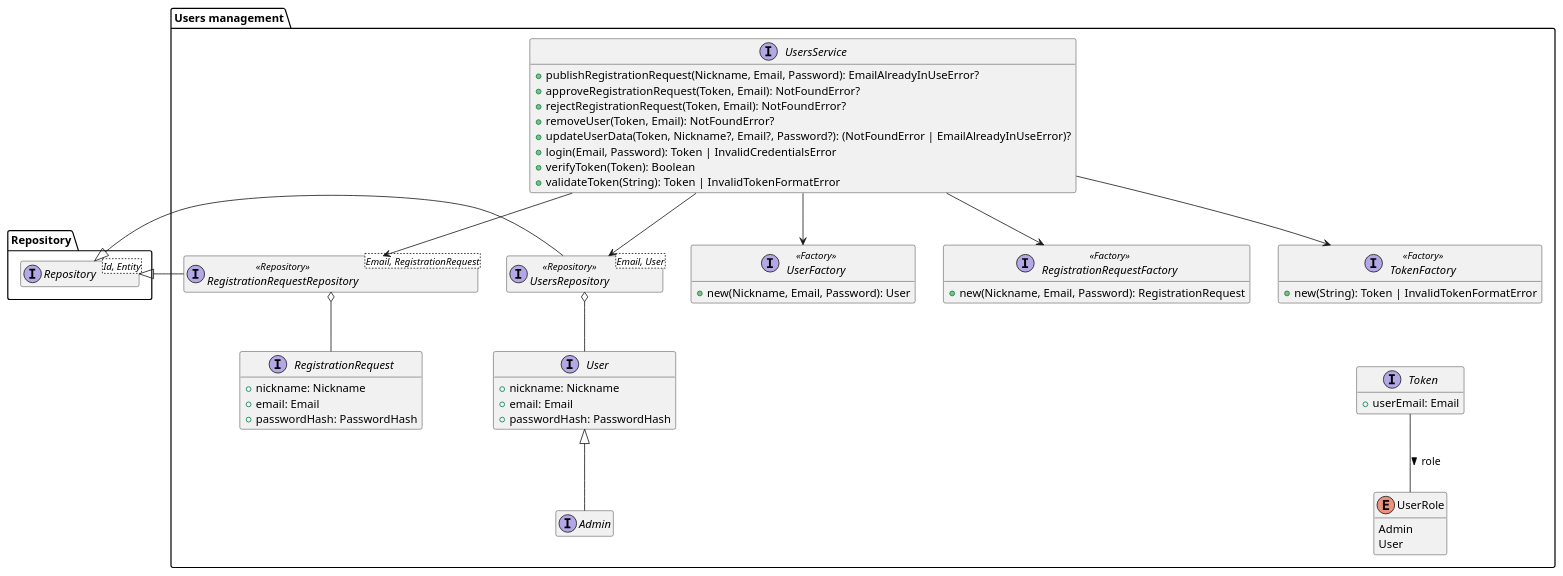
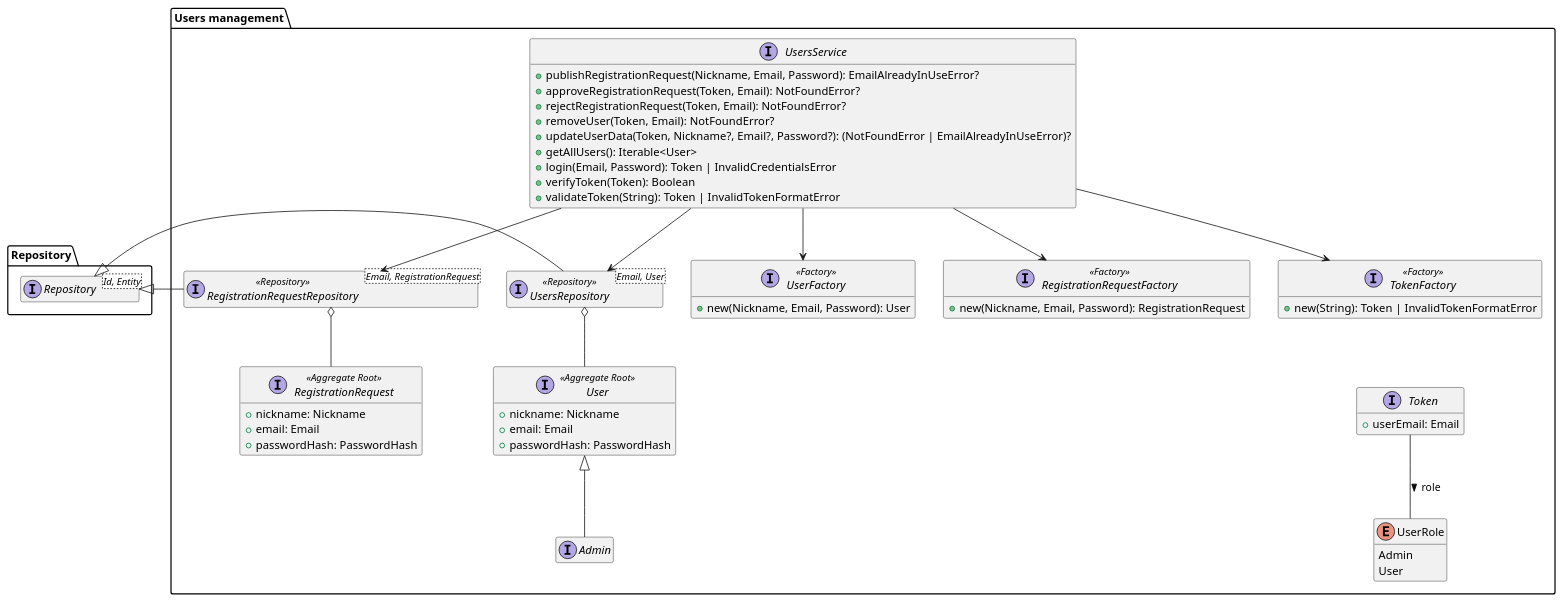
The diagram in diagrams/src/users-management-domain-model.puml (DomoticASW/.github), drawn with PlantUML before and after one commit. The commit also changed 3 other files, not shown here.

Commit message:
refined users diagram and add service methods to devices diagram

```diff
--- a/diagrams/src/users-management-domain-model.puml
+++ b/diagrams/src/users-management-domain-model.puml
@@ -1,69 +1,70 @@
 @startuml users-management-domain-model
 
 hide empty members
 package Repository{
     interface Repository<Id, Entity>
 }
 
 package "Users management" as Users {
-    interface User {
+    interface User <<Aggregate Root>> {
         + nickname: Nickname
         + email: Email
         + passwordHash: PasswordHash
     }
     interface Admin extends User
 
-    interface RegistrationRequest {
+    interface RegistrationRequest <<Aggregate Root>> {
         + nickname: Nickname
         + email: Email
         + passwordHash: PasswordHash
     }
 
     interface Token {
         + userEmail: Email
     }
     enum UserRole {
         Admin
         User
     }
     Token -- UserRole : "role >"
 
     interface UsersService {
         + publishRegistrationRequest(Nickname, Email, Password): EmailAlreadyInUseError?
         + approveRegistrationRequest(Token, Email): NotFoundError?
         + rejectRegistrationRequest(Token, Email): NotFoundError?
         + removeUser(Token, Email): NotFoundError?
         + updateUserData(Token, Nickname?, Email?, Password?): (NotFoundError | EmailAlreadyInUseError)?
+        + getAllUsers(): Iterable<User>
         + login(Email, Password): Token | InvalidCredentialsError
         + verifyToken(Token): Boolean
         + validateToken(String): Token | InvalidTokenFormatError
     }
 
 
     interface RegistrationRequestRepository<Email, RegistrationRequest> <<Repository>>
     RegistrationRequestRepository -l-|> Repository.Repository
     RegistrationRequestRepository o-- RegistrationRequest
     interface UsersRepository<Email, User> <<Repository>>
     UsersRepository -l-|> Repository.Repository
     UsersRepository o-- User
     
     UsersService --> UsersRepository
     UsersService --> RegistrationRequestRepository
 
 
     interface UserFactory <<Factory>> {
         + new(Nickname, Email, Password): User
     }
     interface RegistrationRequestFactory <<Factory>> {
         + new(Nickname, Email, Password): RegistrationRequest
     }
     interface TokenFactory <<Factory>> {
         + new(String): Token | InvalidTokenFormatError
     }
     TokenFactory -[hidden]-> Token
     UsersService --> UserFactory
     UsersService --> RegistrationRequestFactory
     UsersService --> TokenFactory
 }
 
 @enduml
```
